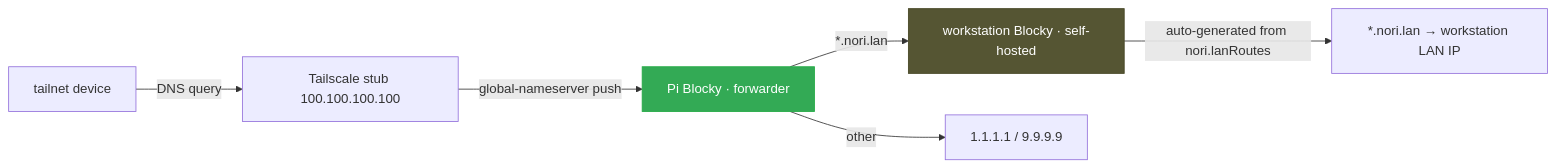
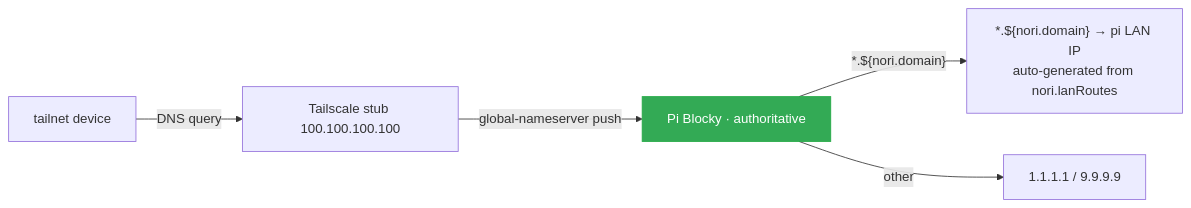
Before and after one commit to phibkro/homelab: the diagram in docs/NETWORK.md, drawn with Mermaid. The commit also changed other lines of this file and 5 other files, not shown here.

First line of the commit message:
docs(opener+diagrams+role): post-migration semantic refresh

````diff
--- a/docs/NETWORK.md
+++ b/docs/NETWORK.md
@@ -97,12 +97,9 @@
 ```mermaid
 flowchart LR
     device[tailnet device] -->|DNS query| ts[Tailscale stub 100.100.100.100]
-    ts -->|global-nameserver push| pi_blocky[Pi Blocky · forwarder]
-    pi_blocky -->|*.nori.lan| ws_blocky[workstation Blocky · self-hosted]
+    ts -->|global-nameserver push| pi_blocky[Pi Blocky · authoritative]
+    pi_blocky -->|"*.${nori.domain}"| host_map["*.${nori.domain} → pi LAN IP<br/>auto-generated from nori.lanRoutes"]
     pi_blocky -->|other| upstream[1.1.1.1 / 9.9.9.9]
-    ws_blocky -->|auto-generated from nori.lanRoutes| host_map[*.nori.lan → workstation LAN IP]
     classDef primary fill:#3a5,stroke:#2a4,color:#fff
-    classDef fallback fill:#553,stroke:#442,color:#fff
     class pi_blocky primary
-    class ws_blocky fallback
 ```
````
